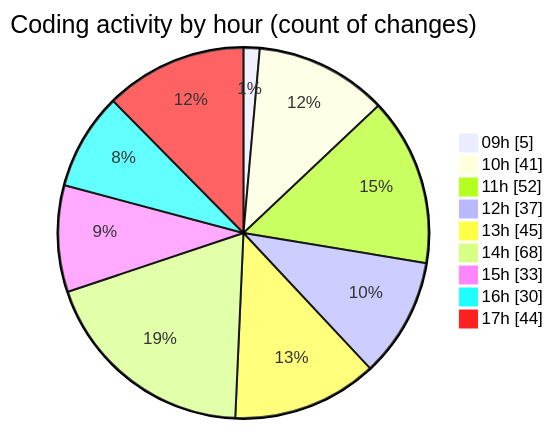
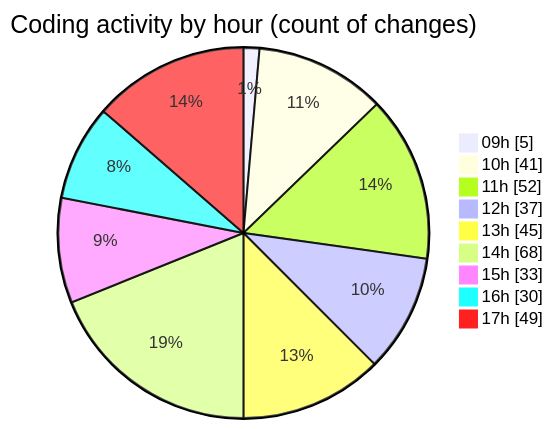
One commit to momahboobian/code-tracking changed the second of 2 diagrams in 2026-04-27/cda/README.md. Above: the diagram before and after it, drawn with Mermaid. The commit also changed other lines of this file and 1 other file, not shown here.

````diff
--- a/2026-04-27/cda/README.md
+++ b/2026-04-27/cda/README.md
@@ -68,13 +68,13 @@
 ```mermaid
 pie showData
 title Coding activity by hour (count of changes)
 "09h" : 5
 "10h" : 41
 "11h" : 52
 "12h" : 37
 "13h" : 45
 "14h" : 68
 "15h" : 33
 "16h" : 30
-"17h" : 44
+"17h" : 49
 ```
````
